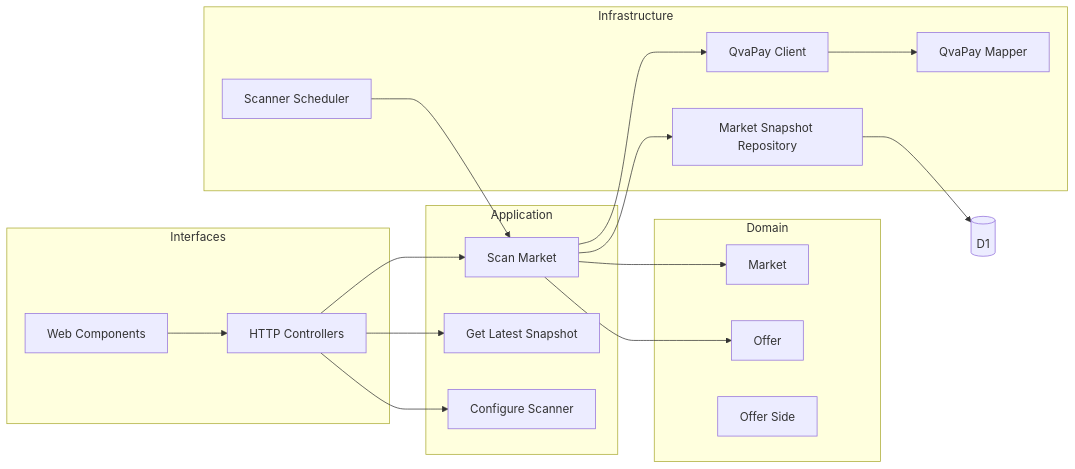
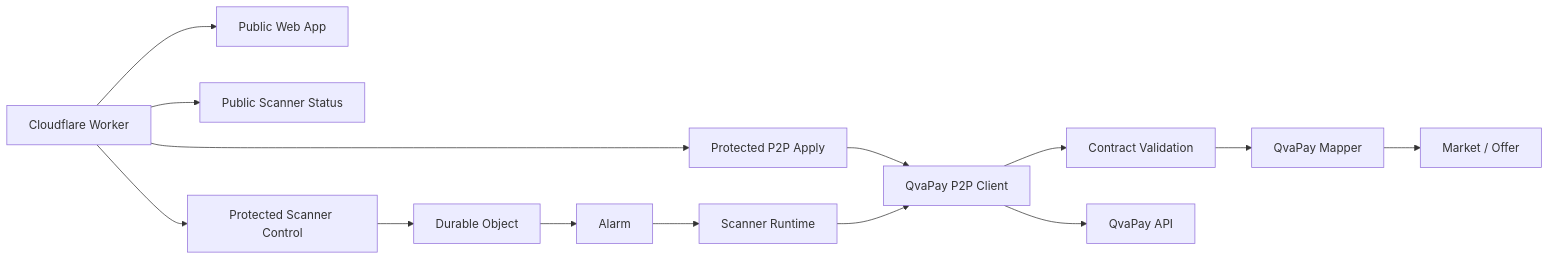
One commit to Osleyder1985/QvaPay-AI changed the diagram in docs/architecture/component-diagram.md. Above: the diagram before and after it, drawn with Mermaid. The commit also changed other lines of this file, not shown here.

Commit message:
docs: align architecture diagrams with runtime

````diff
--- a/docs/architecture/component-diagram.md
+++ b/docs/architecture/component-diagram.md
@@ -5,38 +7,30 @@
 ```mermaid
 flowchart LR
-    subgraph Interfaces
-      HTTP[HTTP Controllers]
-      WEB[Web Components]
-    end
+    Worker[Cloudflare Worker]
+    Web[Public Web App]
+    Status[Public Scanner Status]
+    Apply[Protected P2P Apply]
+    Control[Protected Scanner Control]
+    DO[Durable Object]
+    Alarm[Alarm]
+    Runtime[Scanner Runtime]
+    Client[QvaPay P2P Client]
+    Contract[Contract Validation]
+    Mapper[QvaPay Mapper]
+    Domain[Market / Offer]
+    QVA[QvaPay API]
 
-    subgraph Application
-      Scan[Scan Market]
-      Snapshot[Get Latest Snapshot]
-      Config[Configure Scanner]
-    end
-
-    subgraph Domain
-      Market[Market]
-      Offer[Offer]
-      Side[Offer Side]
-    end
-
-    subgraph Infrastructure
-      QClient[QvaPay Client]
-      QMapper[QvaPay Mapper]
-      Repo[Market Snapshot Repository]
-      Scheduler[Scanner Scheduler]
-    end
-
-    HTTP --> Scan
-    HTTP --> Snapshot
-    HTTP --> Config
-    WEB --> HTTP
-    Scan --> Market
-    Scan --> Offer
-    Scan --> QClient
-    Scan --> Repo
-    QClient --> QMapper
-    Scheduler --> Scan
-    Repo --> DB[(D1)]
+    Worker --> Web
+    Worker --> Status
+    Worker --> Apply
+    Worker --> Control
+    Control --> DO
+    Apply --> Client
+    DO --> Alarm
+    Alarm --> Runtime
+    Runtime --> Client
+    Client --> Contract
+    Contract --> Mapper
+    Mapper --> Domain
+    Client --> QVA
 ```
````
